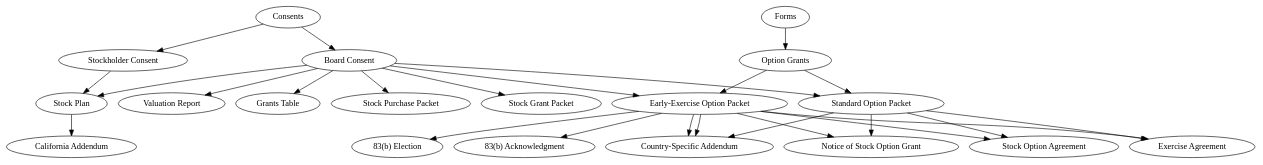
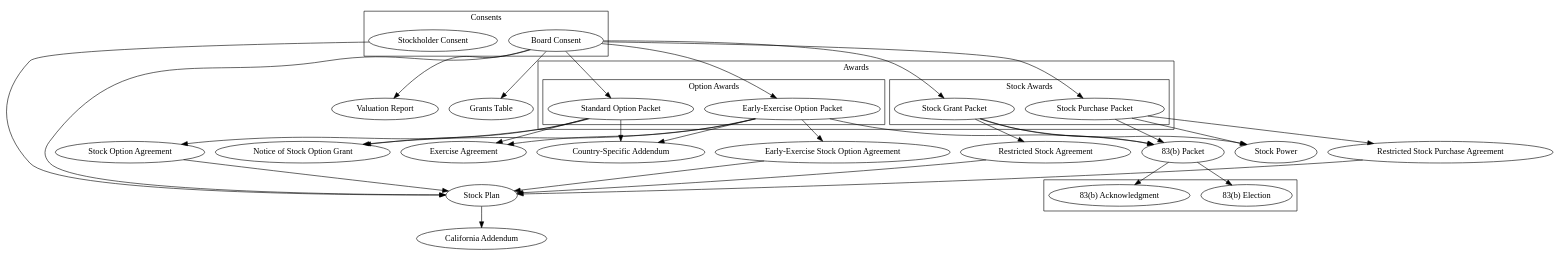
The diagram in stock-plan.dot (kemitchell/stock-plan-graph), drawn with Graphviz before and after one commit.

Commit message:
More nodes

```diff
--- a/stock-plan.dot
+++ b/stock-plan.dot
@@ -1,38 +1,75 @@
 digraph stockplan {
 
-  Consents -> "Board Consent";
+  subgraph cluster_consents {
+    label="Consents";
+    graph[style=solid];
+    "Board Consent";
+    "Stockholder Consent";
+  }
+
+  subgraph cluster_awards {
+    label="Awards";
+    graph[style=solid];
+
+    subgraph cluster_options {
+      label="Option Awards";
+      graph[style=solid];
+      "Early-Exercise Option Packet";
+      "Standard Option Packet";
+    }
+
+    subgraph cluster_stock {
+      label="Stock Awards";
+      graph[style=solid];
+      "Stock Grant Packet";
+      "Stock Purchase Packet";
+    }
+  }
+
+  subgraph cluster_83b {
+    "83(b) Acknowledgment";
+    "83(b) Election";
+  }
 
   "Board Consent" -> "Stock Plan";
   "Board Consent" -> "Standard Option Packet";
   "Board Consent" -> "Early-Exercise Option Packet";
   "Board Consent" -> "Stock Purchase Packet";
   "Board Consent" -> "Stock Grant Packet";
   "Board Consent" -> "Valuation Report";
   "Board Consent" -> "Grants Table";
 
-  Consents -> "Stockholder Consent";
-
   "Stockholder Consent" -> "Stock Plan";
 
   "Stock Plan" -> "California Addendum";
-
-  Forms -> "Option Grants";
-
-  "Option Grants" -> "Standard Option Packet";
 
   "Standard Option Packet" -> "Notice of Stock Option Grant";
   "Standard Option Packet" -> "Stock Option Agreement";
   "Standard Option Packet" -> "Exercise Agreement";
   "Standard Option Packet" -> "Country-Specific Addendum";
 
-  "Option Grants" -> "Early-Exercise Option Packet";
+  "Stock Option Agreement" -> "Stock Plan";
 
   "Early-Exercise Option Packet" -> "Notice of Stock Option Grant";
-  "Early-Exercise Option Packet" -> "Stock Option Agreement";
+  "Early-Exercise Option Packet" -> "Early-Exercise Stock Option Agreement";
   "Early-Exercise Option Packet" -> "Exercise Agreement";
   "Early-Exercise Option Packet" -> "Country-Specific Addendum";
+  "Early-Exercise Option Packet" -> "83(b) Packet";
 
-  "Early-Exercise Option Packet" -> "83(b) Acknowledgment";
-  "Early-Exercise Option Packet" -> "83(b) Election";
-  "Early-Exercise Option Packet" -> "Country-Specific Addendum";
+  "Early-Exercise Stock Option Agreement" -> "Stock Plan";
+
+  "Stock Grant Packet" -> "Restricted Stock Agreement";
+  "Stock Grant Packet" -> "Stock Power";
+  "Stock Grant Packet" -> "83(b) Packet";
+
+  "Restricted Stock Agreement" -> "Stock Plan";
+
+  "Stock Purchase Packet" -> "Restricted Stock Purchase Agreement";
+  "Stock Purchase Packet" -> "Stock Power";
+  "Stock Purchase Packet" -> "83(b) Packet";
+
+  "Restricted Stock Purchase Agreement" -> "Stock Plan";
+
+  "83(b) Packet" -> "83(b) Election";
+  "83(b) Packet" -> "83(b) Acknowledgment";
 }
```
